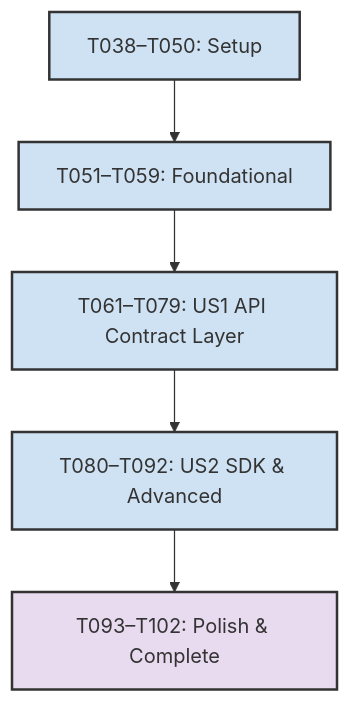
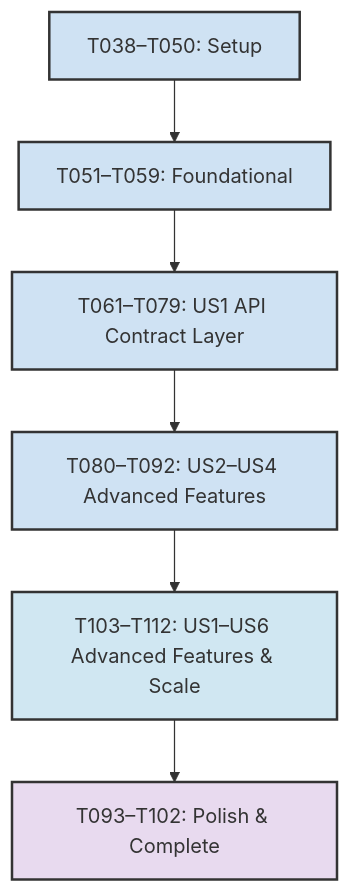
The diagram in docs/traceability-matrix.md (mezni/free09), drawn with Mermaid before and after one commit. The commit also changed other lines of this file and 22 other files, not shown here.

````diff
--- a/docs/traceability-matrix.md
+++ b/docs/traceability-matrix.md
@@ -54,13 +73,15 @@
 ```mermaid
 graph TD
-    Phase1[T038–T050: Setup] --> Phase2[T051–T059: Foundational]
-    Phase2 --> Phase3[T061–T079: US1 API Contract Layer]
-    Phase3 --> Phase4[T080–T092: US2 SDK & Advanced]
-    Phase4 --> Phase7[T093–T102: Polish & Complete]
+    build-phase1[T038–T050: Setup] --> build-phase2[T051–T059: Foundational]
+    build-phase2 --> build-phase3[T061–T079: US1 API Contract Layer]
+    build-phase3 --> build-phase4[T080–T092: US2–US4 Advanced Features]
+    build-phase4 --> build-phase5[T103–T112: US1–US6 Advanced Features & Scale]
+    build-phase5 --> build-phase7[T093–T102: Polish & Complete]
     
-    style Phase1 fill:#cfe2f3,stroke:#333,stroke-width:2px
-    style Phase2 fill:#cfe2f3,stroke:#333,stroke-width:2px
-    style Phase3 fill:#cfe2f3,stroke:#333,stroke-width:2px
-    style Phase4 fill:#cfe2f3,stroke:#333,stroke-width:2px
-    style Phase7 fill:#e8daef,stroke:#333,stroke-width:2px
+    style build-phase1 fill:#cfe2f3,stroke:#333,stroke-width:2px
+    style build-phase2 fill:#cfe2f3,stroke:#333,stroke-width:2px
+    style build-phase3 fill:#cfe2f3,stroke:#333,stroke-width:2px
+    style build-phase4 fill:#cfe2f3,stroke:#333,stroke-width:2px
+    style build-phase5 fill:#d0e7f2,stroke:#333,stroke-width:2px
+    style build-phase7 fill:#e8daef,stroke:#333,stroke-width:2px
 ```
````
